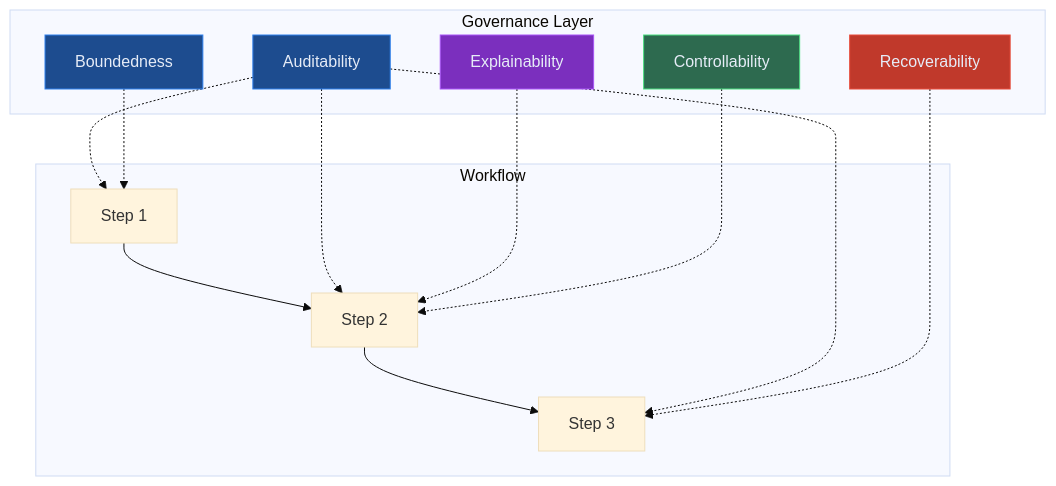
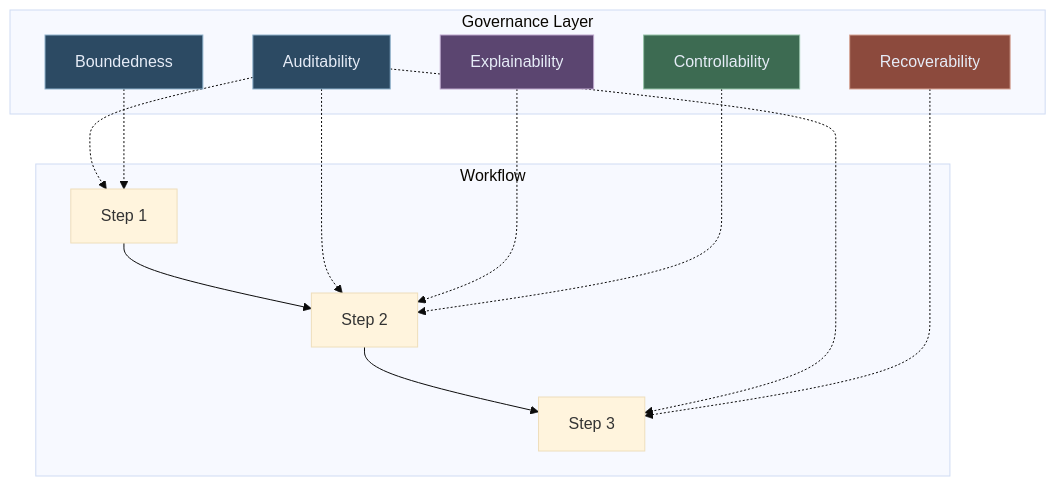
The seventh of 10 diagrams in blog/ai-workflows-for-regulated-enterprises.md (lorvexai/lorvexai), drawn with Mermaid (base theme) before and after one commit. The commit also changed other lines of this file and 16 other files, not shown here.

First line of the commit message:
Retune hardcoded Mermaid node colors to match the site palette

````diff
--- a/blog/ai-workflows-for-regulated-enterprises.md
+++ b/blog/ai-workflows-for-regulated-enterprises.md
@@ -163,29 +163,29 @@
 ```mermaid
 flowchart TD
     subgraph Governance Layer
         AU[Auditability]
         EX[Explainability]
         CO[Controllability]
         RE[Recoverability]
         BO[Boundedness]
     end
 
     subgraph Workflow
         W1[Step 1] --> W2[Step 2]
         W2 --> W3[Step 3]
     end
 
     AU -.-> W1
     AU -.-> W2
     AU -.-> W3
     EX -.-> W2
     CO -.-> W2
     RE -.-> W3
     BO -.-> W1
 
-    style AU fill:#1D4C8F,stroke:#2F80ED,color:#E6ECF7
-    style EX fill:#7B2FBE,stroke:#a855f7,color:#E6ECF7
-    style CO fill:#2D6A4F,stroke:#4ade80,color:#E6ECF7
-    style RE fill:#C0392B,stroke:#e74c3c,color:#E6ECF7
-    style BO fill:#1D4C8F,stroke:#2F80ED,color:#E6ECF7
+    style AU fill:#2C4A63,stroke:#8FB2CC,color:#E6ECF7
+    style EX fill:#5B4570,stroke:#BCA6CC,color:#E6ECF7
+    style CO fill:#3D6B52,stroke:#95C2A8,color:#E6ECF7
+    style RE fill:#8C4A3D,stroke:#D6A697,color:#E6ECF7
+    style BO fill:#2C4A63,stroke:#8FB2CC,color:#E6ECF7
 ```
````
